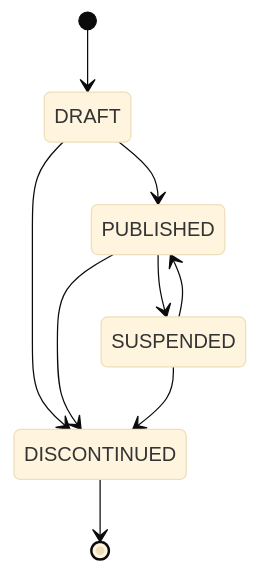
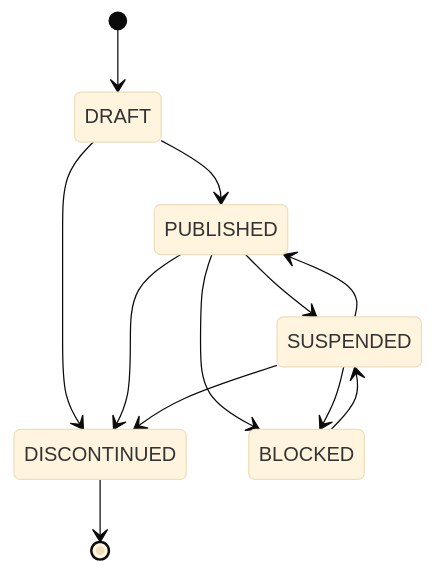
The second of 6 diagrams in SDD/domain/Domain Value Objects.md (nahieladiva/nexusmarket.....), drawn with Mermaid (base theme) before and after one commit. The commit also changed other lines of this file and 15 other files, not shown here.

````diff
--- a/SDD/domain/Domain Value Objects.md
+++ b/SDD/domain/Domain Value Objects.md
@@ -161,11 +161,14 @@
 ```mermaid
 stateDiagram-v2
     [*] --> DRAFT
     DRAFT --> PUBLISHED
     DRAFT --> DISCONTINUED
     PUBLISHED --> SUSPENDED
+    PUBLISHED --> BLOCKED
     PUBLISHED --> DISCONTINUED
     SUSPENDED --> PUBLISHED
+    SUSPENDED --> BLOCKED
+    BLOCKED --> SUSPENDED
     SUSPENDED --> DISCONTINUED
     DISCONTINUED --> [*]
 ```
````
